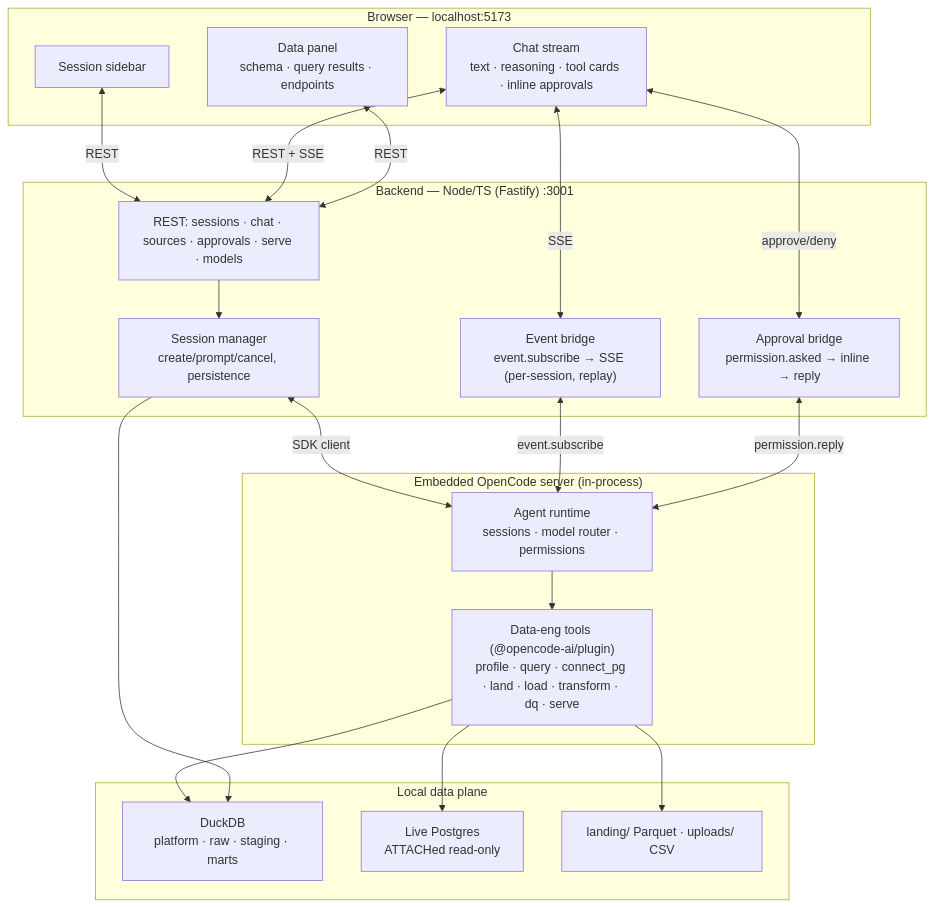
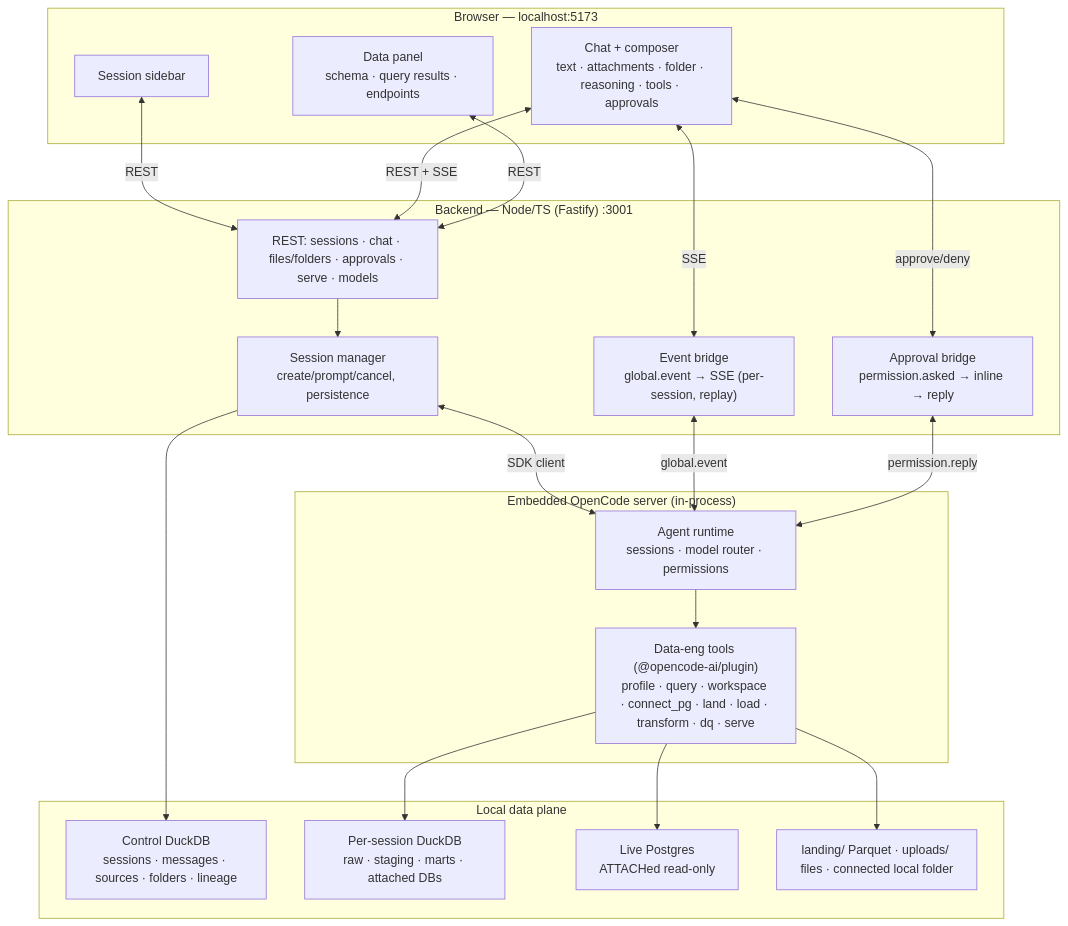
Before and after one commit to X-ace-V/datastack-one: the first of 2 diagrams in ARCHITECTURE.md, drawn with Mermaid. The commit also changed other lines of this file and 60 other files, not shown here.

First line of the commit message:
feat: isolate sessions by workspace

````diff
--- a/ARCHITECTURE.md
+++ b/ARCHITECTURE.md
@@ -28,41 +29,42 @@
 ```mermaid
 flowchart TD
     subgraph Browser["Browser — localhost:5173"]
         SB["Session sidebar"]
-        CHAT["Chat stream<br/>text · reasoning · tool cards · inline approvals"]
+        CHAT["Chat + composer<br/>text · attachments · folder · reasoning · tools · approvals"]
         PANEL["Data panel<br/>schema · query results · endpoints"]
     end
 
     subgraph Backend["Backend — Node/TS (Fastify) :3001"]
         SESS["Session manager<br/>create/prompt/cancel, persistence"]
-        BRIDGE["Event bridge<br/>event.subscribe → SSE (per-session, replay)"]
+        BRIDGE["Event bridge<br/>global.event → SSE (per-session, replay)"]
         APPR["Approval bridge<br/>permission.asked → inline → reply"]
-        ROUTES["REST: sessions · chat · sources · approvals · serve · models"]
+        ROUTES["REST: sessions · chat · files/folders · approvals · serve · models"]
     end
 
     subgraph OC["Embedded OpenCode server (in-process)"]
         AGENT["Agent runtime<br/>sessions · model router · permissions"]
-        TOOLS["Data-eng tools (@opencode-ai/plugin)<br/>profile · query · connect_pg · land · load · transform · dq · serve"]
+        TOOLS["Data-eng tools (@opencode-ai/plugin)<br/>profile · query · workspace · connect_pg · land · load · transform · dq · serve"]
     end
 
     subgraph Data["Local data plane"]
-        DUCK["DuckDB<br/>platform · raw · staging · marts"]
+        CONTROL["Control DuckDB<br/>sessions · messages · sources · folders · lineage"]
+        DUCK["Per-session DuckDB<br/>raw · staging · marts · attached DBs"]
         PG["Live Postgres<br/>ATTACHed read-only"]
-        LAND["landing/ Parquet · uploads/ CSV"]
+        LAND["landing/ Parquet · uploads/ files · connected local folder"]
     end
 
     SB <-->|REST| ROUTES
     CHAT <-->|REST + SSE| ROUTES
     CHAT <-->|SSE| BRIDGE
     CHAT <-->|approve/deny| APPR
     PANEL <-->|REST| ROUTES
     ROUTES --> SESS
     SESS <-->|SDK client| AGENT
-    BRIDGE <-->|event.subscribe| AGENT
+    BRIDGE <-->|global.event| AGENT
     APPR <-->|permission.reply| AGENT
     AGENT --> TOOLS
     TOOLS --> DUCK
     TOOLS --> PG
     TOOLS --> LAND
-    SESS --> DUCK
+    SESS --> CONTROL
 ```
````
